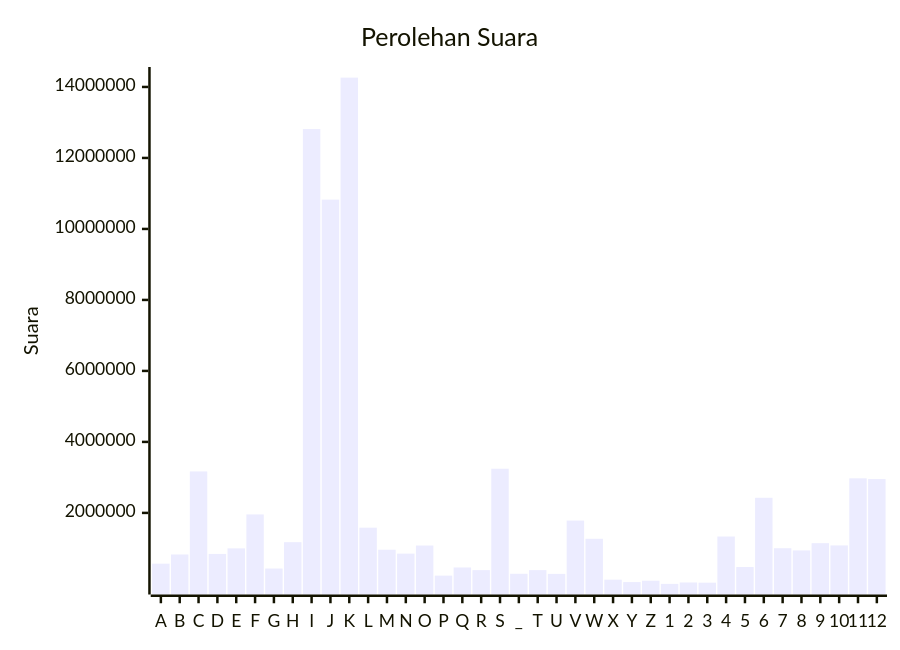
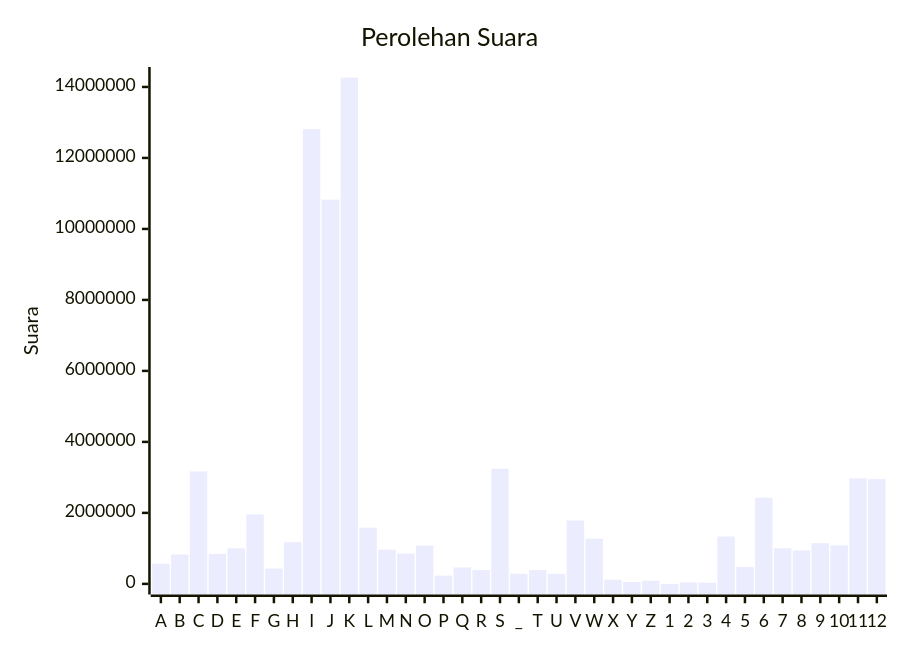
Before and after one commit to gigit-pemilu/pemilu-2024: the diagram in pilpres/hitung-suara/sub/table-paslon-2.md, drawn with Mermaid. The commit also changed other lines of this file and 42 other files, not shown here.

````diff
--- a/pilpres/hitung-suara/sub/table-paslon-2.md
+++ b/pilpres/hitung-suara/sub/table-paslon-2.md
@@ -7,7 +7,7 @@
 ```mermaid
 xychart-beta
     title "Perolehan Suara"
     x-axis [A, B, C, D, E, F, G, H, I, J, K, L, M, N, O, P, Q, R, S, _, T, U, V, W, X, Y, Z, 1, 2, 3, 4, 5, 6, 7, 8, 9, 10, 11, 12]
-    y-axis "Suara"
-    bar [570090, 828108, 3167607, 844549, 1000797, 1956503, 432164, 1174491, 12813445, 10825724, 14262809, 1583169, 962774, 852749, 1080494, 232763, 462503, 388160, 3244965, 285331, 388411, 281423, 1784380, 1271312, 118204, 50842, 89480, 439, 40093, 34070, 1334849, 474371, 2425470, 1004488, 942354, 1146653, 1084147, 2974414, 2952715]
+    y-axis "Suara" 0 --> 14262809
+    bar [570090, 828108, 3167607, 844549, 1000797, 1956503, 432164, 1174491, 12813445, 10825724, 14262809, 1583169, 962774, 852749, 1080494, 232763, 462503, 388160, 3244965, 285331, 388411, 281423, 1784380, 1271312, 118204, 50842, 89480, 439, 40093, 34070, 1334849, 474371, 2425470, 1004388, 942354, 1146653, 1084147, 2974414, 2952715]
 ```
````
